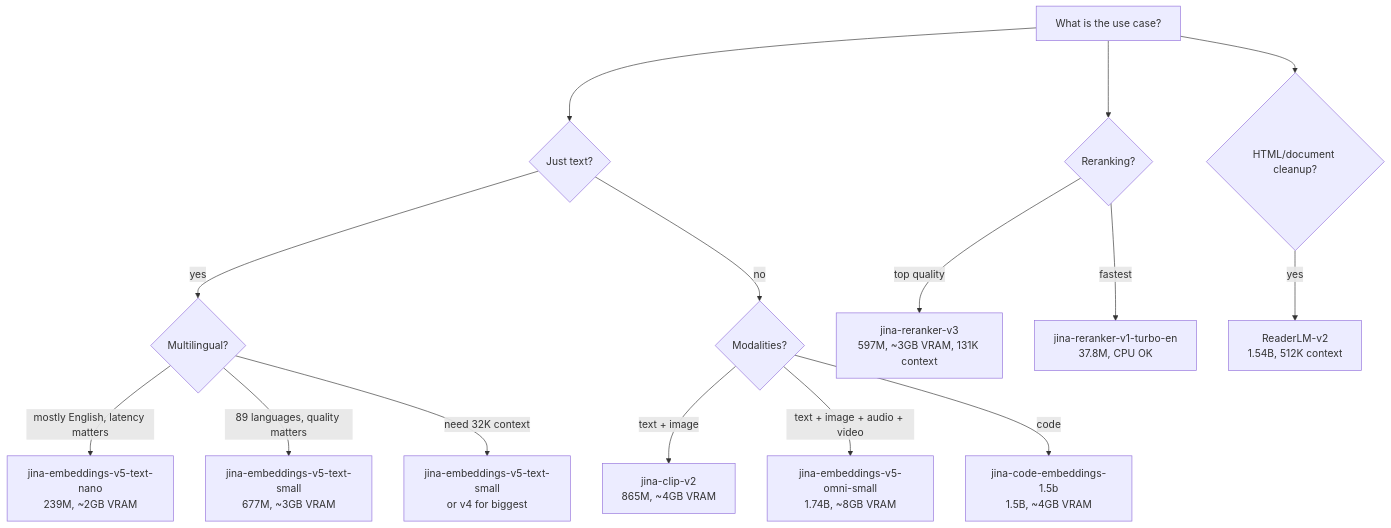
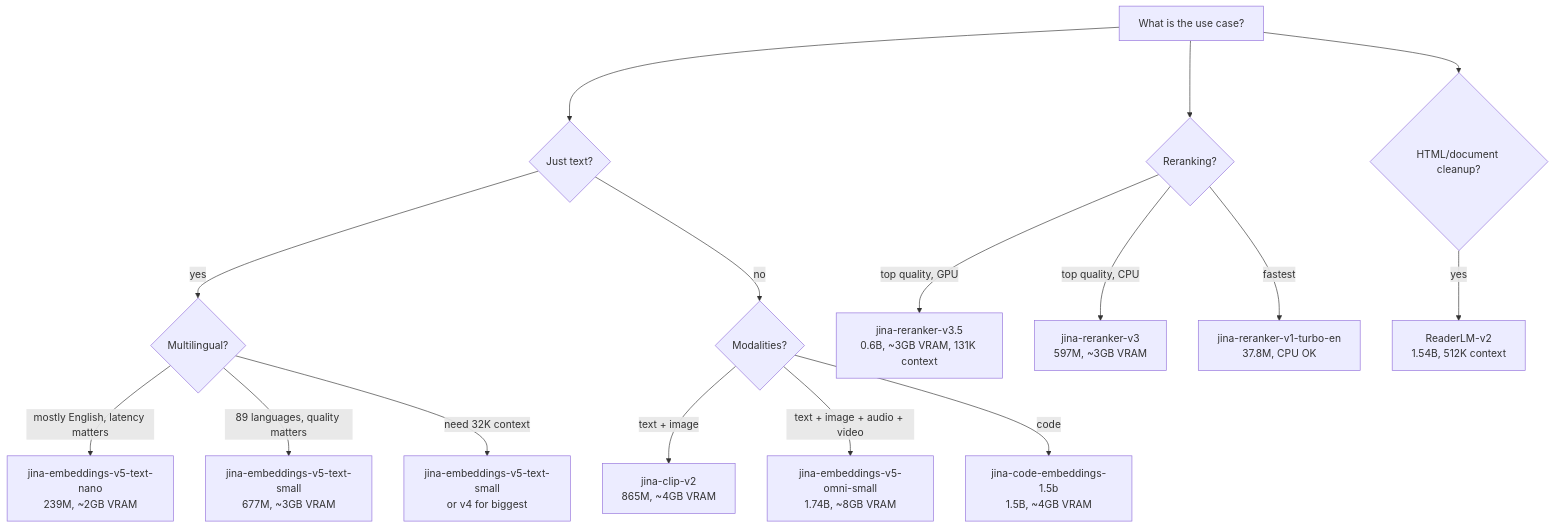
Before and after one commit to jina-ai/jina-airgap: the first of 2 diagrams in docs/Picking-A-Model.md, drawn with Mermaid. The commit also changed other lines of this file and 16 other files, not shown here.

Commit message:
docs: add jina-reranker-v3.5 to the catalog, model tables and decision guides

````diff
--- a/docs/Picking-A-Model.md
+++ b/docs/Picking-A-Model.md
@@ -3,28 +3,30 @@
 ```mermaid
 flowchart TD
     A[What is the use case?] --> B{Just text?}
     B -- yes --> C{Multilingual?}
     B -- no --> D{Modalities?}
     C -- mostly English, latency matters --> M1[jina-embeddings-v5-text-nano
 239M, ~2GB VRAM]
     C -- 89 languages, quality matters --> M2[jina-embeddings-v5-text-small
 677M, ~3GB VRAM]
     C -- need 32K context --> M3[jina-embeddings-v5-text-small
 or v4 for biggest]
     D -- text + image --> M4[jina-clip-v2
 865M, ~4GB VRAM]
     D -- text + image + audio + video --> M5[jina-embeddings-v5-omni-small
 1.74B, ~8GB VRAM]
     D -- code --> M6[jina-code-embeddings-1.5b
 1.5B, ~4GB VRAM]
 
     A --> E{Reranking?}
-    E -- top quality --> R1[jina-reranker-v3
-597M, ~3GB VRAM, 131K context]
+    E -- top quality, GPU --> R1[jina-reranker-v3.5
+0.6B, ~3GB VRAM, 131K context]
+    E -- top quality, CPU --> R3[jina-reranker-v3
+597M, ~3GB VRAM]
     E -- fastest --> R2[jina-reranker-v1-turbo-en
 37.8M, CPU OK]
 
     A --> F{HTML/document cleanup?}
     F -- yes --> RD1[ReaderLM-v2
 1.54B, 512K context]
 ```
````
